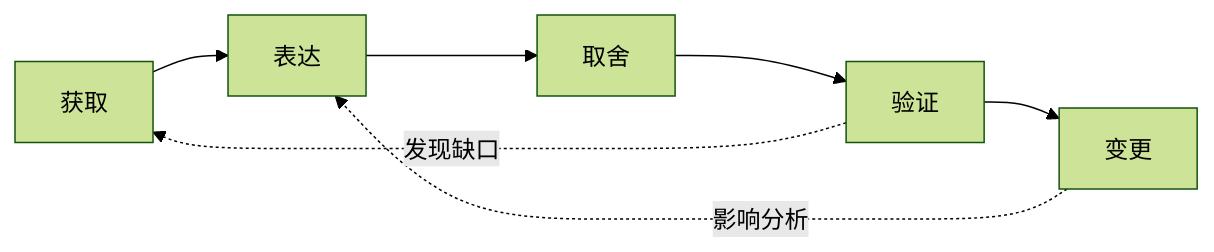
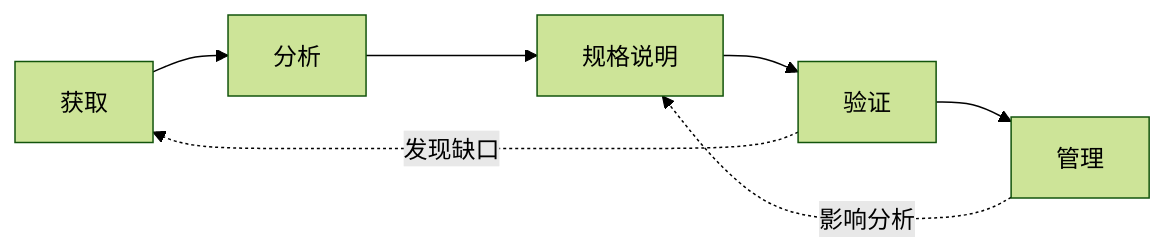
One commit to PrinZzzzjn/software-engineering-textbook changed the diagram in 软件工程实践-2.0/02-需求分析方法.md. Above: the diagram before and after it, drawn with Mermaid (forest theme). The commit also changed other lines of this file and 37 other files, not shown here.

````diff
--- a/软件工程实践-2.0/02-需求分析方法.md
+++ b/软件工程实践-2.0/02-需求分析方法.md
@@ -34,9 +34,9 @@
 ```mermaid
 flowchart LR
-    A[获取] --> B[表达]
-    B --> C[取舍]
+    A[获取] --> B[分析]
+    B --> C[规格说明]
     C --> D[验证]
-    D --> E[变更]
+    D --> E[管理]
     D -. 发现缺口 .-> A
-    E -. 影响分析 .-> B
+    E -. 影响分析 .-> C
 ```
````
